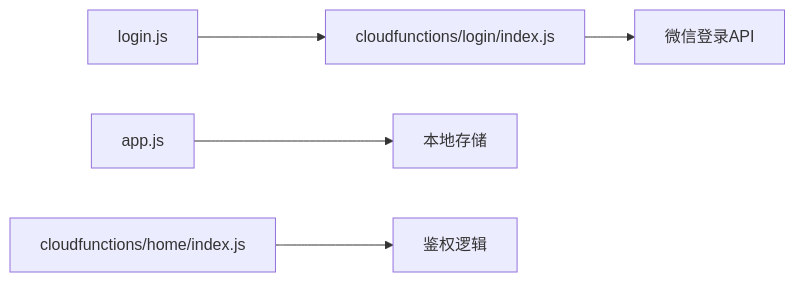
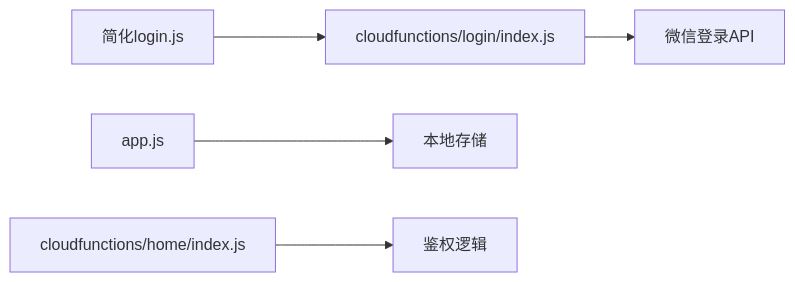
Before and after one commit to cwb7756/bio: the fourth of 4 diagrams in .qoder/repowiki/zh/content/核心功能模块/用户认证系统.md, drawn with Mermaid. The commit also changed other lines of this file and 46 other files, not shown here.

````diff
--- a/.qoder/repowiki/zh/content/核心功能模块/用户认证系统.md
+++ b/.qoder/repowiki/zh/content/核心功能模块/用户认证系统.md
@@ -226,7 +238,7 @@
 ```mermaid
 graph LR
-LOGIN_JS["login.js"] --> CF_LOGIN["cloudfunctions/login/index.js"]
+LOGIN_JS["简化login.js"] --> CF_LOGIN["cloudfunctions/login/index.js"]
 APP_JS["app.js"] --> STORAGE["本地存储"]
 CF_LOGIN --> WX_API["微信登录API"]
 HOME_CF["cloudfunctions/home/index.js"] --> AUTH["鉴权逻辑"]
 ```
````
